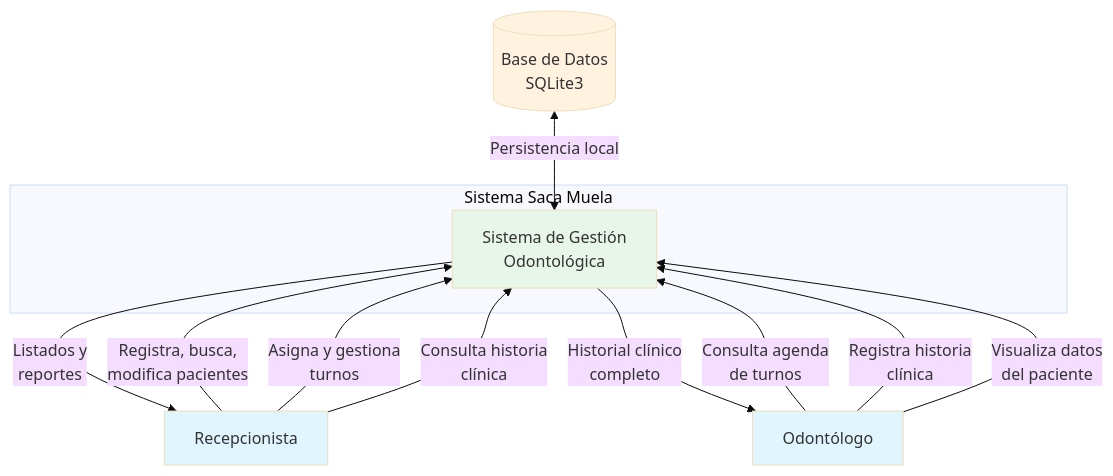
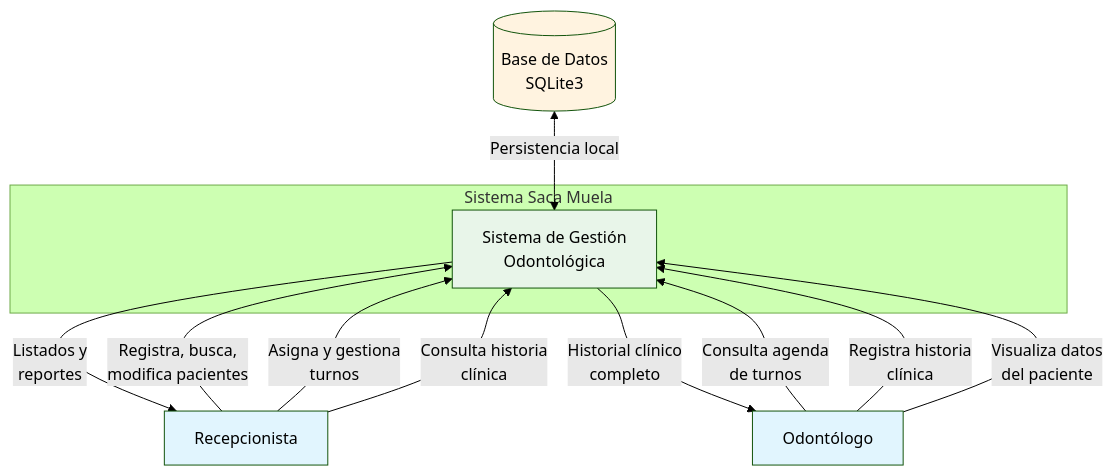
Before and after one commit to estebanmatias92/tecnicatura-algoritmos-y-estructuras-de-datos-ii: the diagram in 30-assignments/2026-06-03/code/docs/diagrama-de-contexto.md, drawn with Mermaid.

Commit message:
Changing mermaid themes for dark background constrast

````diff
--- a/30-assignments/2026-06-03/code/docs/diagrama-de-contexto.md
+++ b/30-assignments/2026-06-03/code/docs/diagrama-de-contexto.md
@@ -5,28 +5,28 @@
 ```mermaid
 ---
 config:
-  theme: 'base'
+  theme: 'forest'
 ---
 graph TD
     subgraph "Sistema Saca Muela"
         SM[Sistema de Gestión<br>Odontológica]
     end
 
     A[Recepcionista] -->|Registra, busca,<br>modifica pacientes| SM
     A -->|Asigna y gestiona<br>turnos| SM
     A -->|Consulta historia<br>clínica| SM
 
     B[Odontólogo] -->|Consulta agenda<br>de turnos| SM
     B -->|Registra historia<br>clínica| SM
     B -->|Visualiza datos<br>del paciente| SM
 
     DB[(Base de Datos<br>SQLite3)] <-->|Persistencia local| SM
 
     SM -->|Listados y<br>reportes| A
     SM -->|Historial clínico<br>completo| B
 
     style A fill:#e1f5fe
     style B fill:#e1f5fe
     style DB fill:#fff3e0
     style SM fill:#e8f5e9
 ```
````
